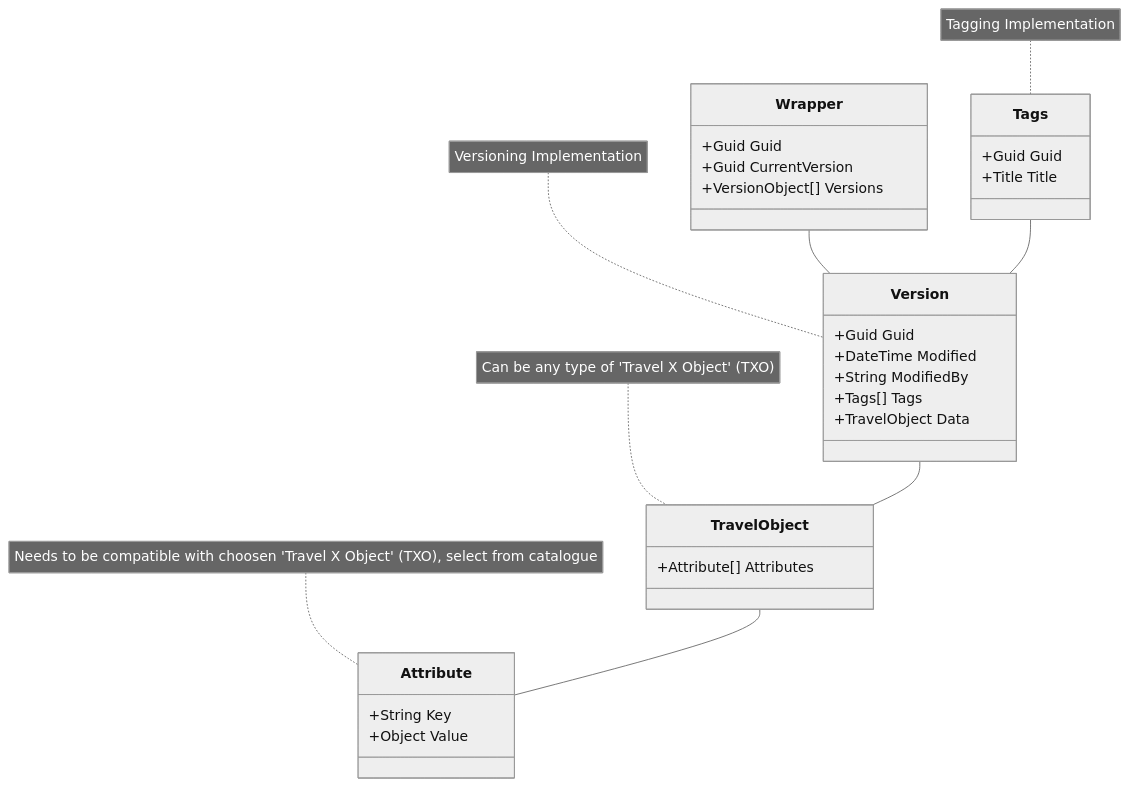
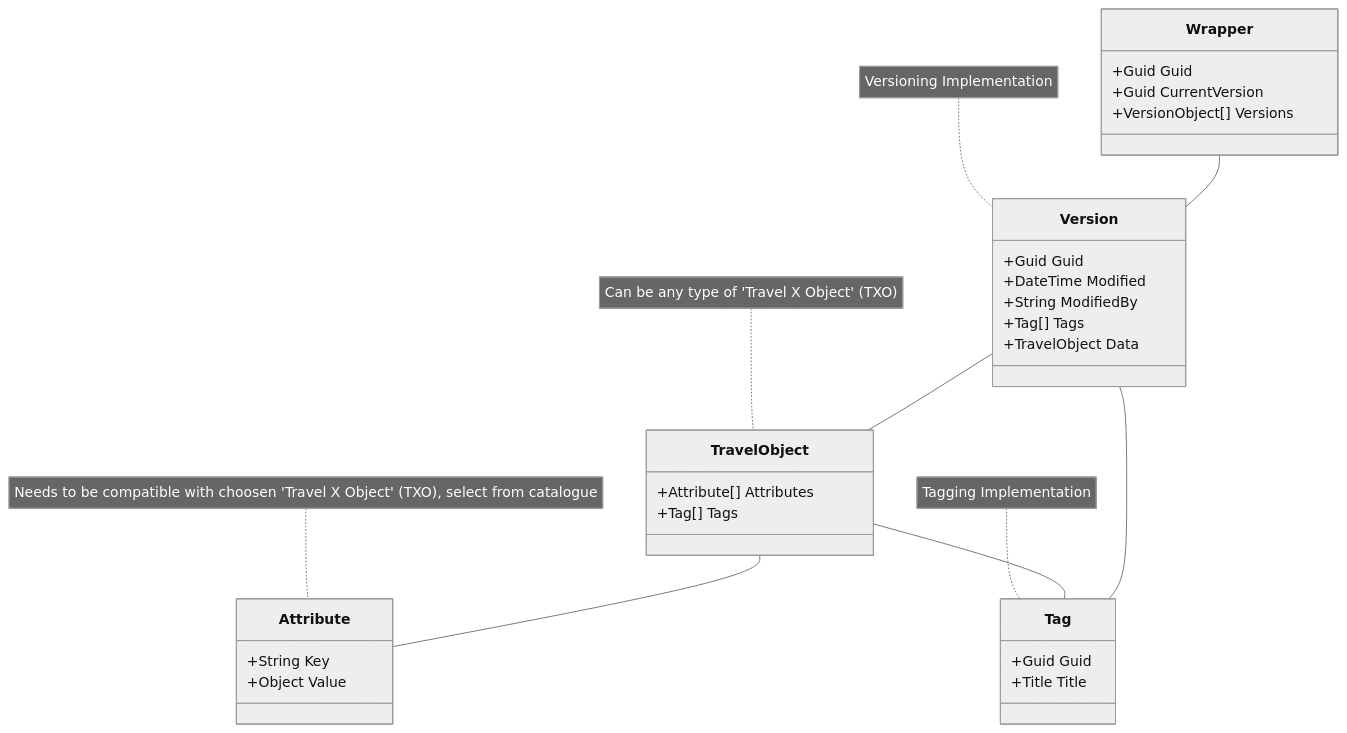
Before and after one commit to OSSTRA/TXDM: the diagram in Travel Object TO.md, drawn with Mermaid (neutral theme).

Commit message:
Update Travel Object TO.md

````diff
--- a/Travel Object TO.md
+++ b/Travel Object TO.md
@@ -14,34 +14,36 @@
 ```mermaid
 classDiagram
 Wrapper -- Version
-Tags -- Version
+Tag -- Version
 Version -- TravelObject
 TravelObject -- Attribute
+TravelObject -- Tag
     class Wrapper{
       +Guid Guid
       +Guid CurrentVersion
       +VersionObject[] Versions
     }
     class Version{
       +Guid Guid
       +DateTime Modified
       +String ModifiedBy
-      +Tags[] Tags
+      +Tag[] Tags
       +TravelObject Data
     }
-    class Tags{
+    class Tag{
         +Guid Guid
         +Title Title
     }
     class TravelObject{
         +Attribute[] Attributes
+        +Tag[] Tags
     }
     class Attribute{
         +String Key
         +Object Value
     }
     note for Version "Versioning Implementation"
-    note for Tags "Tagging Implementation"
+    note for Tag "Tagging Implementation"
     note for TravelObject "Can be any type of 'Travel X Object' (TXO)"
     note for Attribute "Needs to be compatible with choosen 'Travel X Object' (TXO), select from catalogue"
 ```
````
